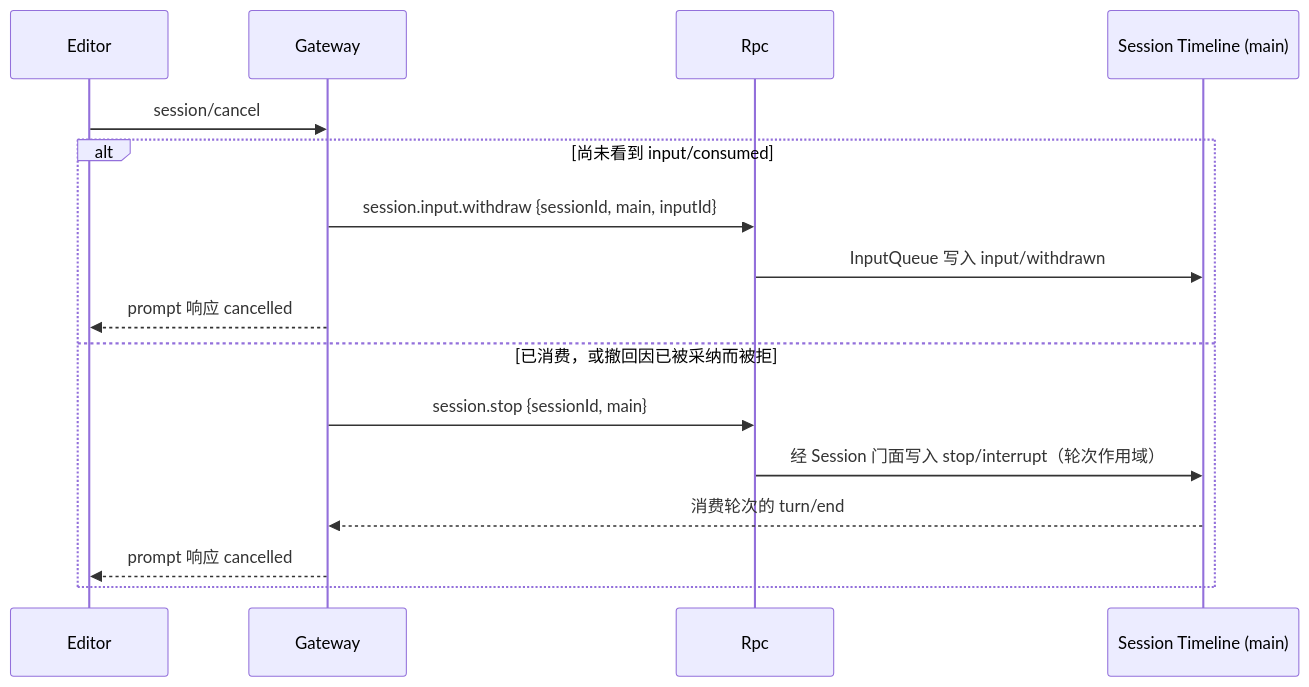
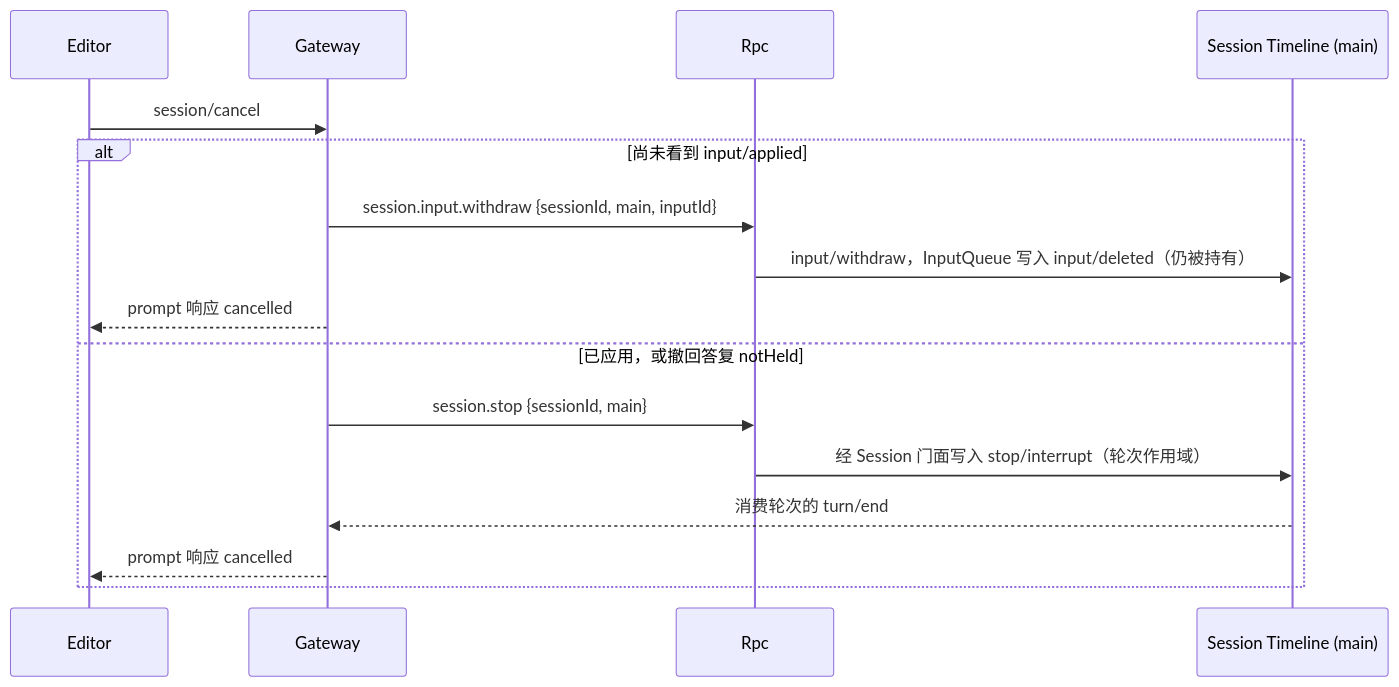
One commit to CoutinhoTTS/dim-agent changed the fourth of 5 diagrams in docs/zh/design/plugins/AcpGateway.md. Above: the diagram before and after it, drawn with Mermaid. The commit also changed other lines of this file and 18 other files, not shown here.

````diff
--- a/docs/zh/design/plugins/AcpGateway.md
+++ b/docs/zh/design/plugins/AcpGateway.md
@@ -94,18 +94,18 @@
 ```mermaid
 sequenceDiagram
   participant E as Editor
   participant G as Gateway
   participant R as Rpc
   participant TL as Session Timeline (main)
   E->>G: session/cancel
-  alt 尚未看到 input/consumed
+  alt 尚未看到 input/applied
     G->>R: session.input.withdraw {sessionId, main, inputId}
-    R->>TL: InputQueue 写入 input/withdrawn
+    R->>TL: input/withdraw，InputQueue 写入 input/deleted（仍被持有）
     G-->>E: prompt 响应 cancelled
-  else 已消费，或撤回因已被采纳而被拒
+  else 已应用，或撤回答复 notHeld
     G->>R: session.stop {sessionId, main}
     R->>TL: 经 Session 门面写入 stop/interrupt（轮次作用域）
     TL-->>G: 消费轮次的 turn/end
     G-->>E: prompt 响应 cancelled
   end
 ```
````
